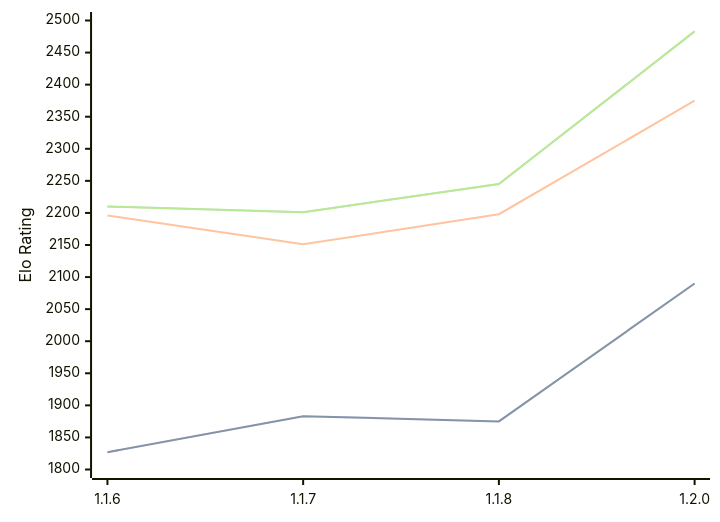
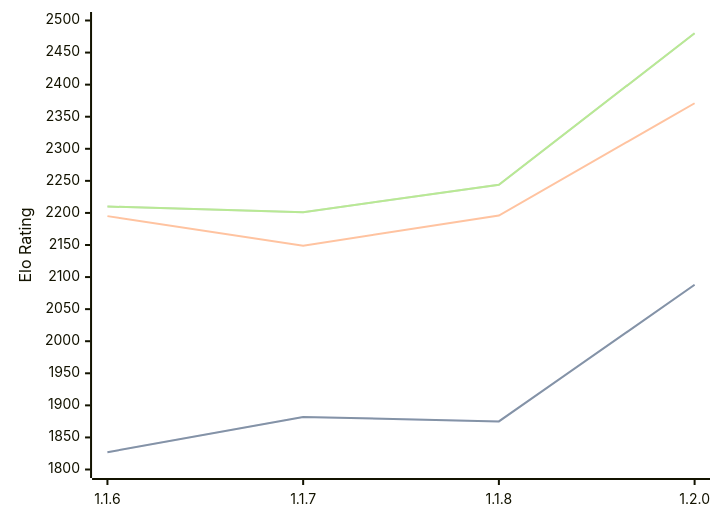
One commit to computer-chess-index/cci changed the diagram in engines/Soomi.md. Above: the diagram before and after it, drawn with Mermaid. The commit also changed other lines of this file, not shown here.

Commit message:
Update CCI Ratings (ELO VLTC) - 2026-03-01

````diff
--- a/engines/Soomi.md
+++ b/engines/Soomi.md
@@ -32,11 +32,11 @@
 ```mermaid
 %%{init: {"theme":"base","themeVariables":{"seriesColors:['#a3a3a3','#222221','#faa371']}}}%%
 xychart-beta
   x-axis ["1.1.6", "1.1.7", "1.1.8", "1.2.0"]
   y-axis "Elo Rating" 1800 --> 2500
-  line "STC (8.0+0.08s)" [1827, 1883, 1875, 2090]
-  line "STC (8.0+0.08s)" [1827, 1883, 1875, 2090]
-  line "LTC (60.0+0.60s)" [2196, 2151, 2198, 2375]
-  line "VLTC (2m24s+1.12s)" [2210, 2201, 2245, 2483]
-  line "VLTC (2m24s+1.12s)" [2210, 2201, 2245, 2483]
+  line "STC (8.0+0.08s)" [1827, 1882, 1875, 2088]
+  line "STC (8.0+0.08s)" [1827, 1882, 1875, 2088]
+  line "LTC (60.0+0.60s)" [2195, 2149, 2196, 2371]
+  line "VLTC (2m24s+1.12s)" [2210, 2201, 2244, 2480]
+  line "VLTC (2m24s+1.12s)" [2210, 2201, 2244, 2480]
 ```
````
